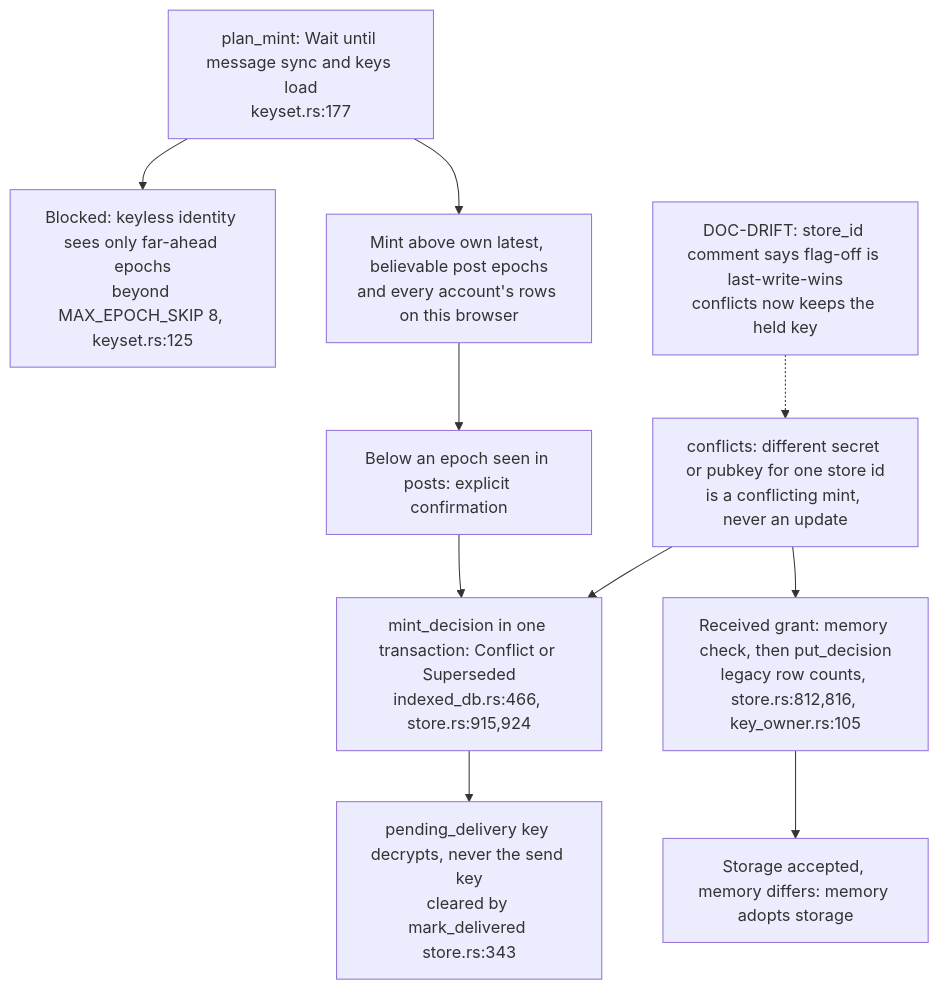
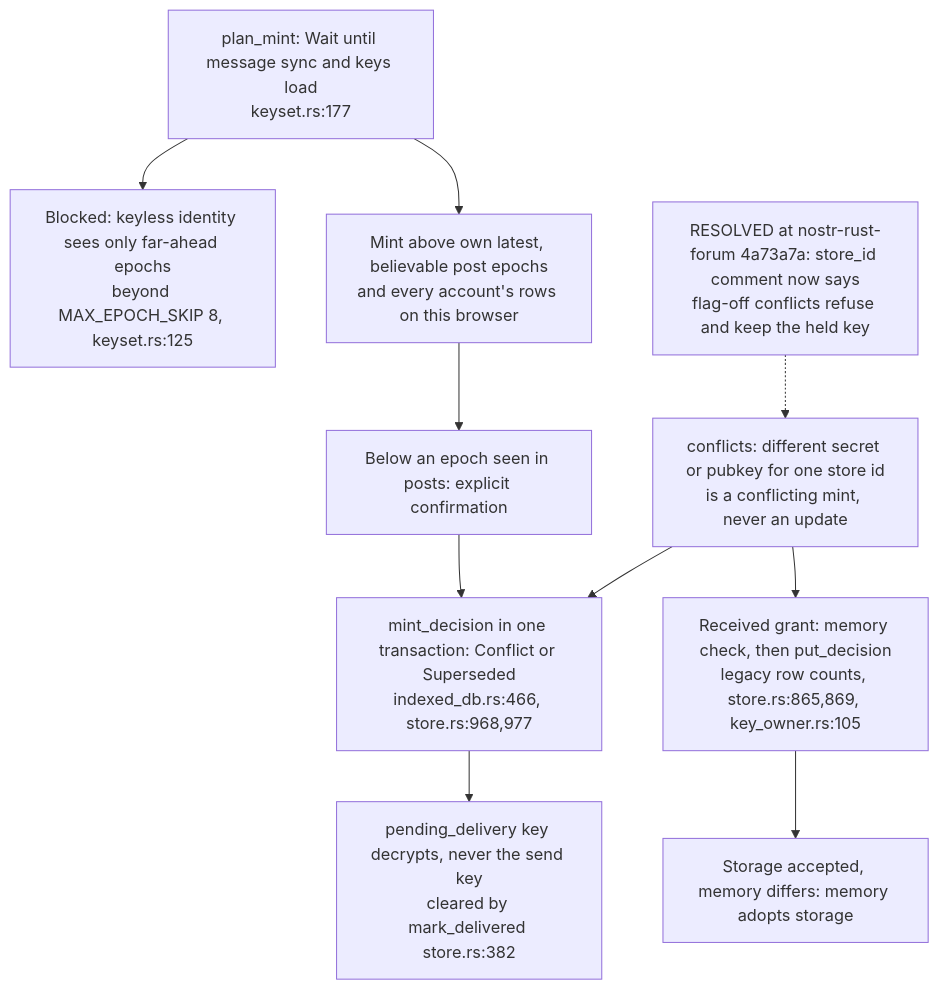
One commit to DreamLab-AI/VisionFlow changed the sixth of 6 diagrams in docs/diagrams/nostr-rust-forum/27-zone-key-distribution-and-recovery.md. Above: the diagram before and after it, drawn with Mermaid. The commit also changed other lines of this file and 10 other files, not shown here.

First line of the commit message:
diagrams(nostr-rust-forum): re-verify NF-13/14/17/18/20/21/22/24/26/27/28 at kit 4a73a7a

````diff
--- a/docs/diagrams/nostr-rust-forum/27-zone-key-distribution-and-recovery.md
+++ b/docs/diagrams/nostr-rust-forum/27-zone-key-distribution-and-recovery.md
@@ -148,28 +148,28 @@
 ```mermaid
 flowchart TB
     %% Source: ../nostr-rust-forum/crates/nostr-bbs-forum-client/src/zone_crypto/keyset.rs:169
     PLAN["plan_mint: Wait until message sync and keys load<br/>keyset.rs:177"]
     %% Source: ../nostr-rust-forum/crates/nostr-bbs-forum-client/src/zone_crypto/keyset.rs:220
     BLK["Blocked: keyless identity sees only far-ahead epochs<br/>beyond MAX_EPOCH_SKIP 8, keyset.rs:125"]
     %% Source: ../nostr-rust-forum/crates/nostr-bbs-forum-client/src/zone_crypto/keyset.rs:234
     MINT["Mint above own latest, believable post epochs<br/>and every account's rows on this browser"]
     %% Source: ../nostr-rust-forum/crates/nostr-bbs-forum-client/src/admin/zone_encryption.rs:444
     ASK["Below an epoch seen in posts: explicit confirmation"]
     %% Source: ../nostr-rust-forum/crates/nostr-bbs-forum-client/src/zone_crypto/key_owner.rs:131
-    MD["mint_decision in one transaction: Conflict or Superseded<br/>indexed_db.rs:466, store.rs:915,924"]
-    %% Source: ../nostr-rust-forum/crates/nostr-bbs-forum-client/src/zone_crypto/mod.rs:176
+    MD["mint_decision in one transaction: Conflict or Superseded<br/>indexed_db.rs:466, store.rs:968,977"]
+    %% Source: ../nostr-rust-forum/crates/nostr-bbs-forum-client/src/zone_crypto/mod.rs:177
     CF["conflicts: different secret or pubkey for one store id<br/>is a conflicting mint, never an update"]
-    %% Source: ../nostr-rust-forum/crates/nostr-bbs-forum-client/src/zone_crypto/store.rs:804
-    RX["Received grant: memory check, then put_decision<br/>legacy row counts, store.rs:812,816, key_owner.rs:105"]
-    %% Source: ../nostr-rust-forum/crates/nostr-bbs-forum-client/src/zone_crypto/store.rs:859
+    %% Source: ../nostr-rust-forum/crates/nostr-bbs-forum-client/src/zone_crypto/store.rs:857
+    RX["Received grant: memory check, then put_decision<br/>legacy row counts, store.rs:865,869, key_owner.rs:105"]
+    %% Source: ../nostr-rust-forum/crates/nostr-bbs-forum-client/src/zone_crypto/store.rs:912
     AD["Storage accepted, memory differs: memory adopts storage"]
     %% Source: ../nostr-rust-forum/crates/nostr-bbs-forum-client/src/zone_crypto/keyset.rs:81
-    PD["pending_delivery key decrypts, never the send key<br/>cleared by mark_delivered store.rs:343"]
+    PD["pending_delivery key decrypts, never the send key<br/>cleared by mark_delivered store.rs:382"]
     PLAN --> BLK
     PLAN --> MINT --> ASK --> MD --> PD
     CF --> MD
     CF --> RX --> AD
-    %% Source: ../nostr-rust-forum/crates/nostr-bbs-forum-client/src/zone_crypto/mod.rs:205
-    DR["DOC-DRIFT: store_id comment says flag-off is last-write-wins<br/>conflicts now keeps the held key"]
+    %% Source: ../nostr-rust-forum/crates/nostr-bbs-forum-client/src/zone_crypto/mod.rs:211
+    DR["RESOLVED at nostr-rust-forum 4a73a7a: store_id comment now says<br/>flag-off conflicts refuse and keep the held key"]
     DR -.-> CF
 ```
````
